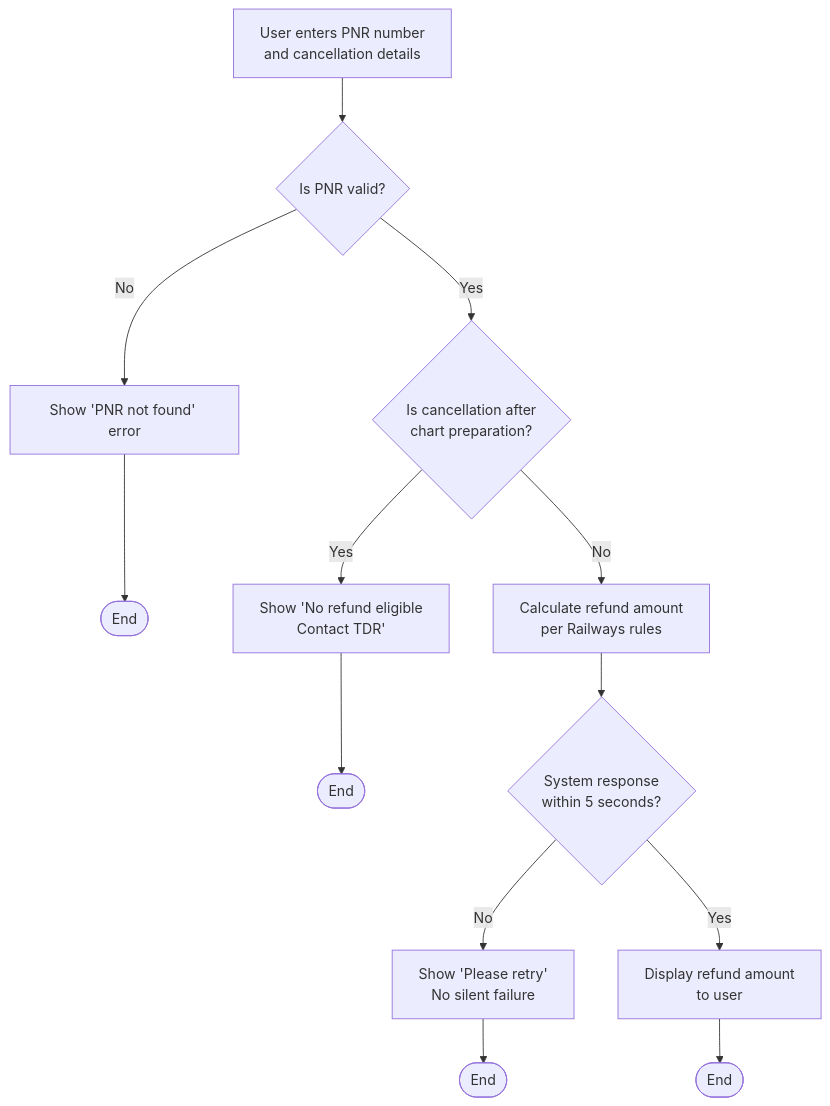
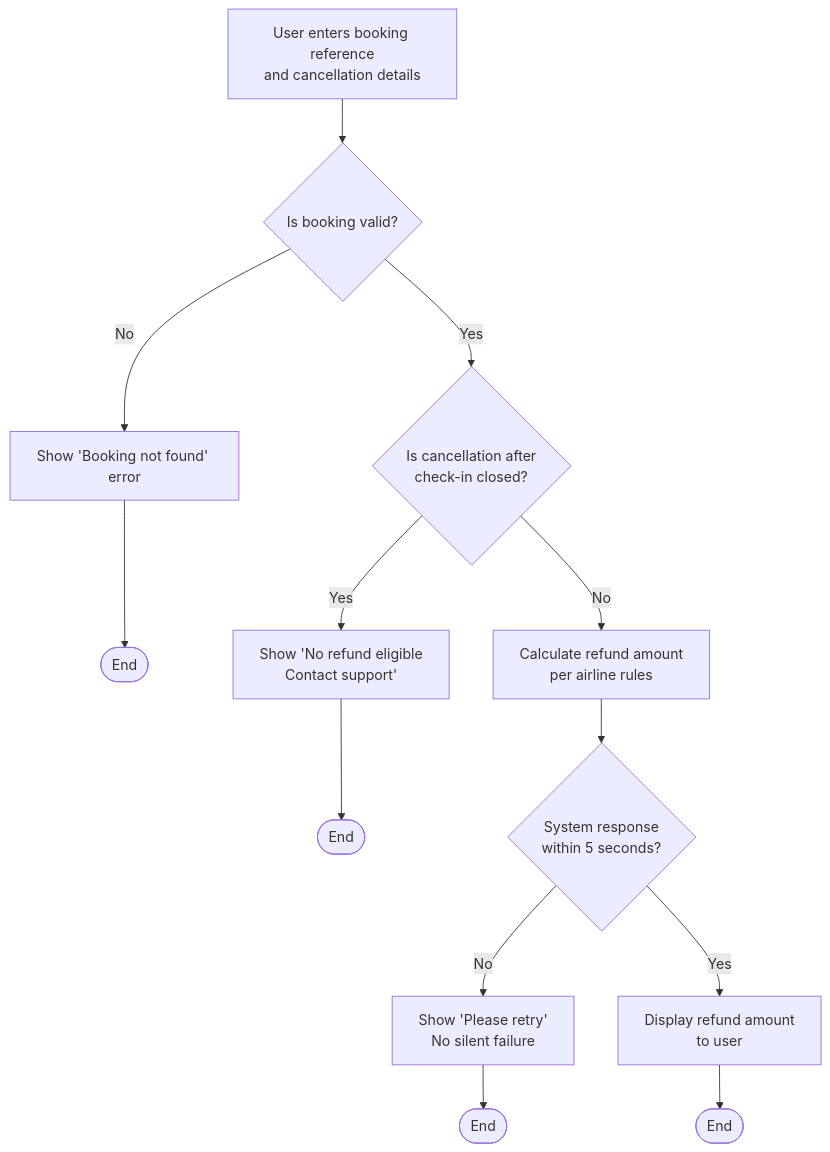
The third of 3 diagrams in Week2/01-what-makes-a-good-specification.md (NamrataRev/AI_academy), drawn with Mermaid before and after one commit. The commit also changed other lines of this file, not shown here.

````diff
--- a/Week2/01-what-makes-a-good-specification.md
+++ b/Week2/01-what-makes-a-good-specification.md
@@ -156,15 +164,15 @@
 ```mermaid
 flowchart TD
-    A[User enters PNR number\nand cancellation details] --> B{Is PNR valid?}
-    B -- No --> C[Show 'PNR not found' error]
+    A[User enters booking reference\nand cancellation details] --> B{Is booking valid?}
+    B -- No --> C[Show 'Booking not found' error]
     C --> End1([End])
-    B -- Yes --> D{Is cancellation after\nchart preparation?}
-    D -- Yes --> E[Show 'No refund eligible\nContact TDR']
+    B -- Yes --> D{Is cancellation after\ncheck-in closed?}
+    D -- Yes --> E[Show 'No refund eligible\nContact support']
     E --> End2([End])
-    D -- No --> F[Calculate refund amount\nper Railways rules]
+    D -- No --> F[Calculate refund amount\nper airline rules]
     F --> G{System response\nwithin 5 seconds?}
     G -- No --> H[Show 'Please retry'\nNo silent failure]
     H --> End3([End])
     G -- Yes --> I[Display refund amount\nto user]
     I --> End4([End])
 ```
````
